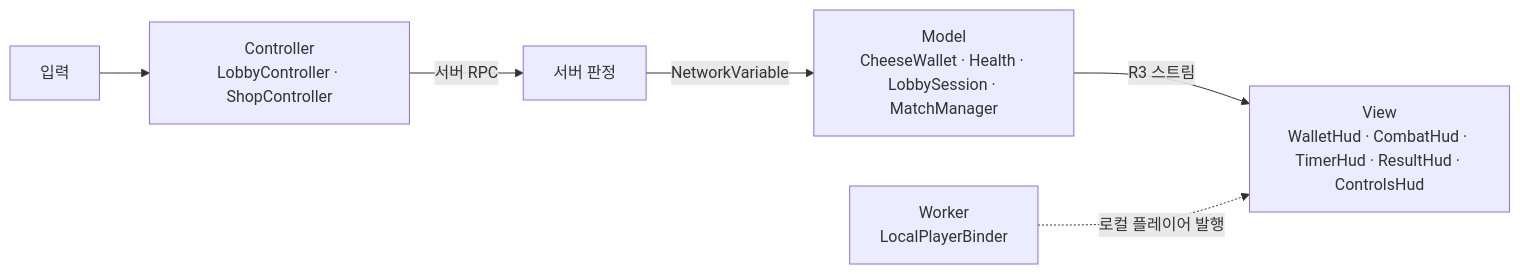
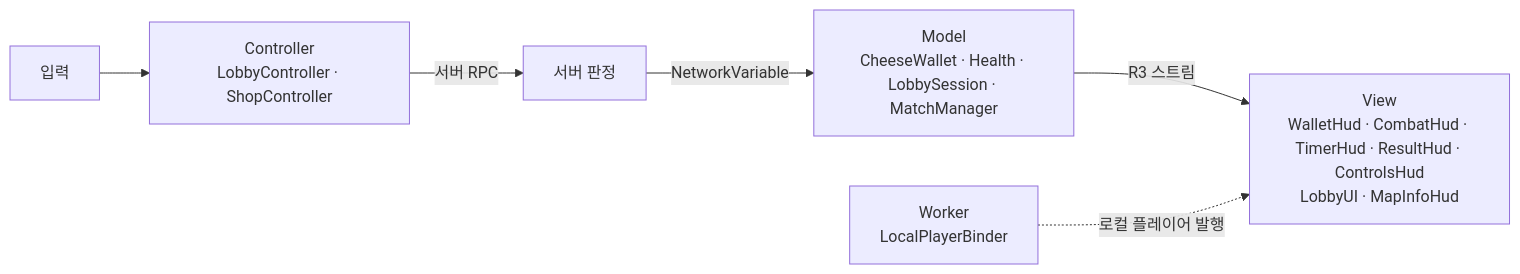
One commit to JeahanPark/The-Cheese-Thief-and-the-Cat changed the sixth of 6 diagrams in CTC/docs/design-vault/코드 다이어그램.md. Above: the diagram before and after it, drawn with Mermaid. The commit also changed other lines of this file and 6 other files, not shown here.

````diff
--- a/CTC/docs/design-vault/코드 다이어그램.md
+++ b/CTC/docs/design-vault/코드 다이어그램.md
@@ -278,8 +278,8 @@
 ```mermaid
 flowchart LR
     Input[입력] --> C[Controller<br/>LobbyController · ShopController]
     C -->|서버 RPC| S[서버 판정]
     S -->|NetworkVariable| M[Model<br/>CheeseWallet · Health · LobbySession · MatchManager]
-    M -->|R3 스트림| V[View<br/>WalletHud · CombatHud · TimerHud · ResultHud · ControlsHud]
+    M -->|R3 스트림| V[View<br/>WalletHud · CombatHud · TimerHud · ResultHud · ControlsHud<br/>LobbyUI · MapInfoHud]
     W[Worker<br/>LocalPlayerBinder] -.로컬 플레이어 발행.-> V
 ```
````
